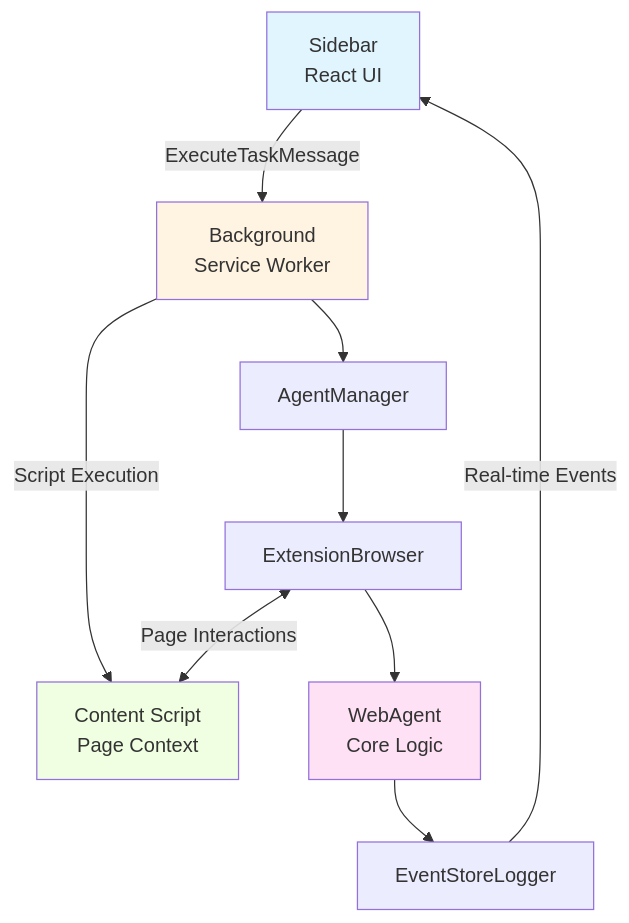
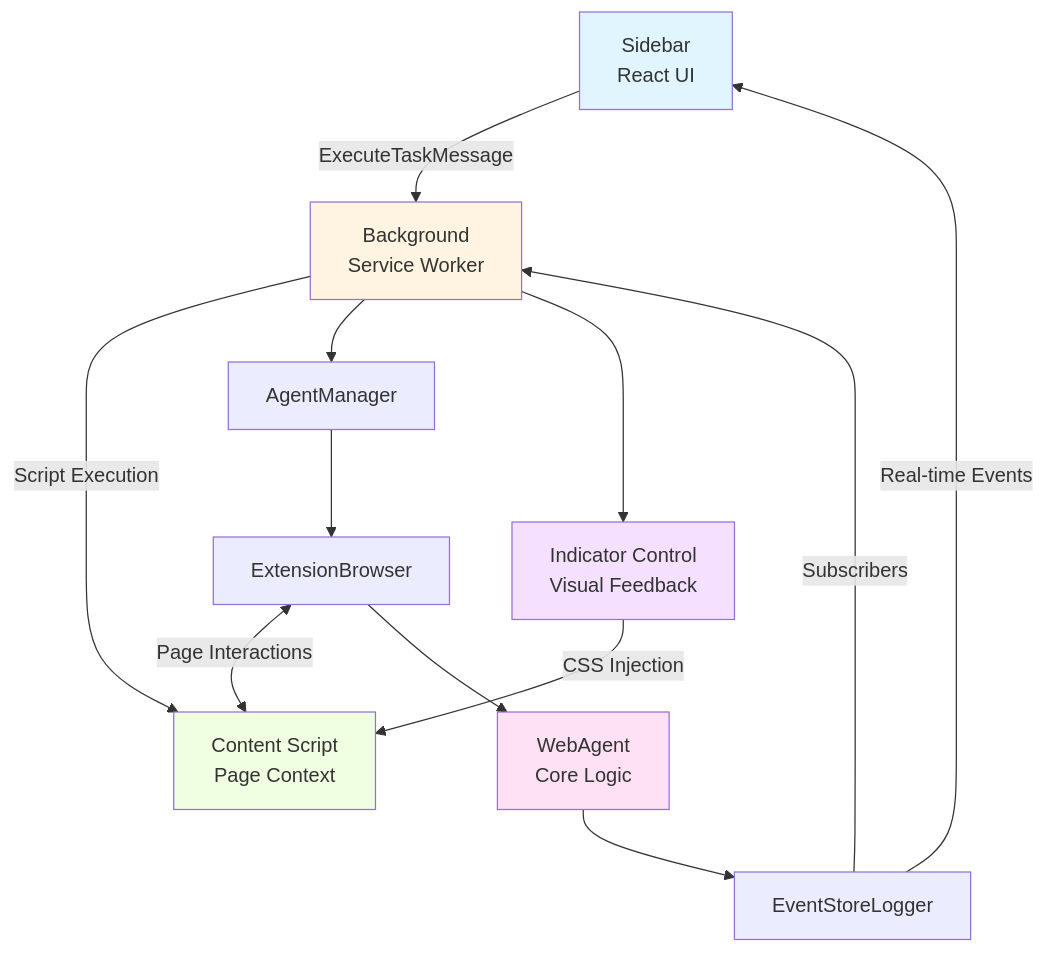
The first of 5 diagrams in extension/docs/task-execution-flow.md (mozilla/pilo), drawn with Mermaid before and after one commit. The commit also changed other lines of this file, not shown here.

````diff
--- a/extension/docs/task-execution-flow.md
+++ b/extension/docs/task-execution-flow.md
@@ -21,24 +21,29 @@
 ```mermaid
 graph TB
     Sidebar[Sidebar<br/>React UI]
     Background[Background<br/>Service Worker]
     Content[Content Script<br/>Page Context]
     AgentMgr[AgentManager]
     ExtBrowser[ExtensionBrowser]
     WebAgent[WebAgent<br/>Core Logic]
     Logger[EventStoreLogger]
+    Indicator[Indicator Control<br/>Visual Feedback]
 
     Sidebar -->|ExecuteTaskMessage| Background
     Background -->|Script Execution| Content
     Background --> AgentMgr
+    Background --> Indicator
     AgentMgr --> ExtBrowser
     ExtBrowser <-->|Page Interactions| Content
     ExtBrowser --> WebAgent
     WebAgent --> Logger
     Logger -->|Real-time Events| Sidebar
+    Logger -->|Subscribers| Background
+    Indicator -->|CSS Injection| Content
 
     style Sidebar fill:#e1f5ff
     style Background fill:#fff4e1
     style Content fill:#f0ffe1
     style WebAgent fill:#ffe1f5
+    style Indicator fill:#f5e1ff
 ```
````
